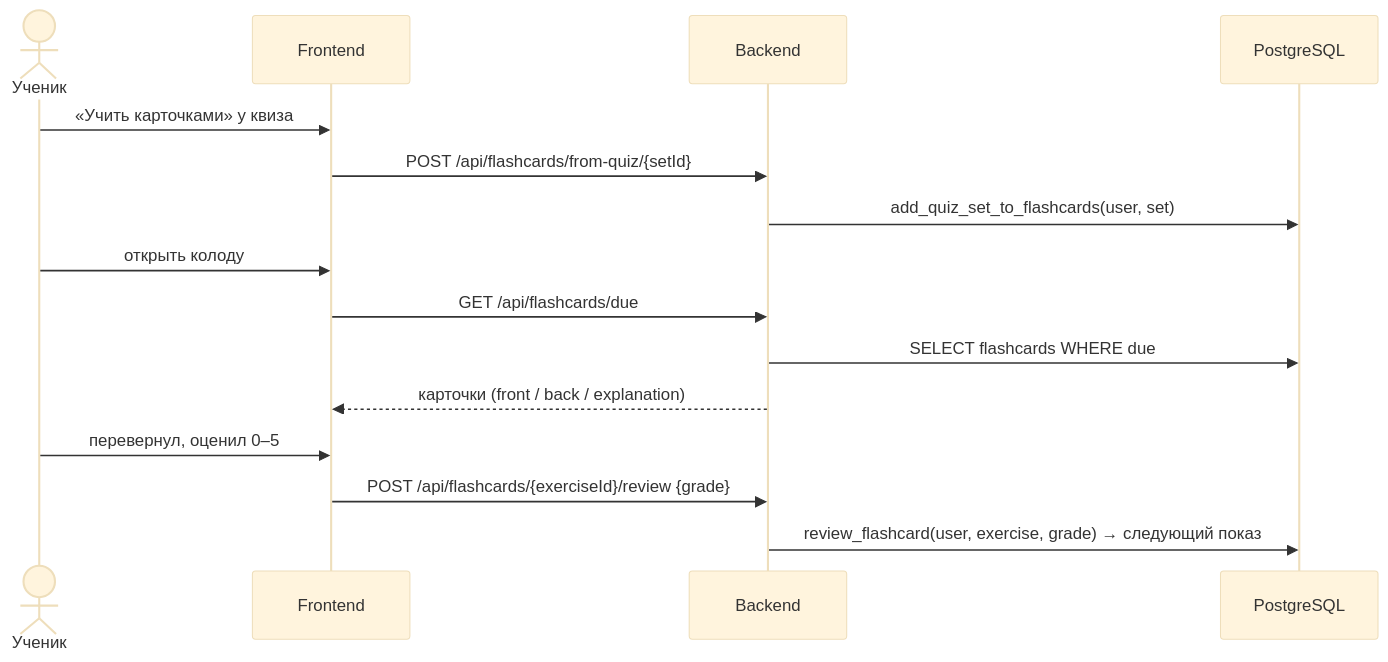
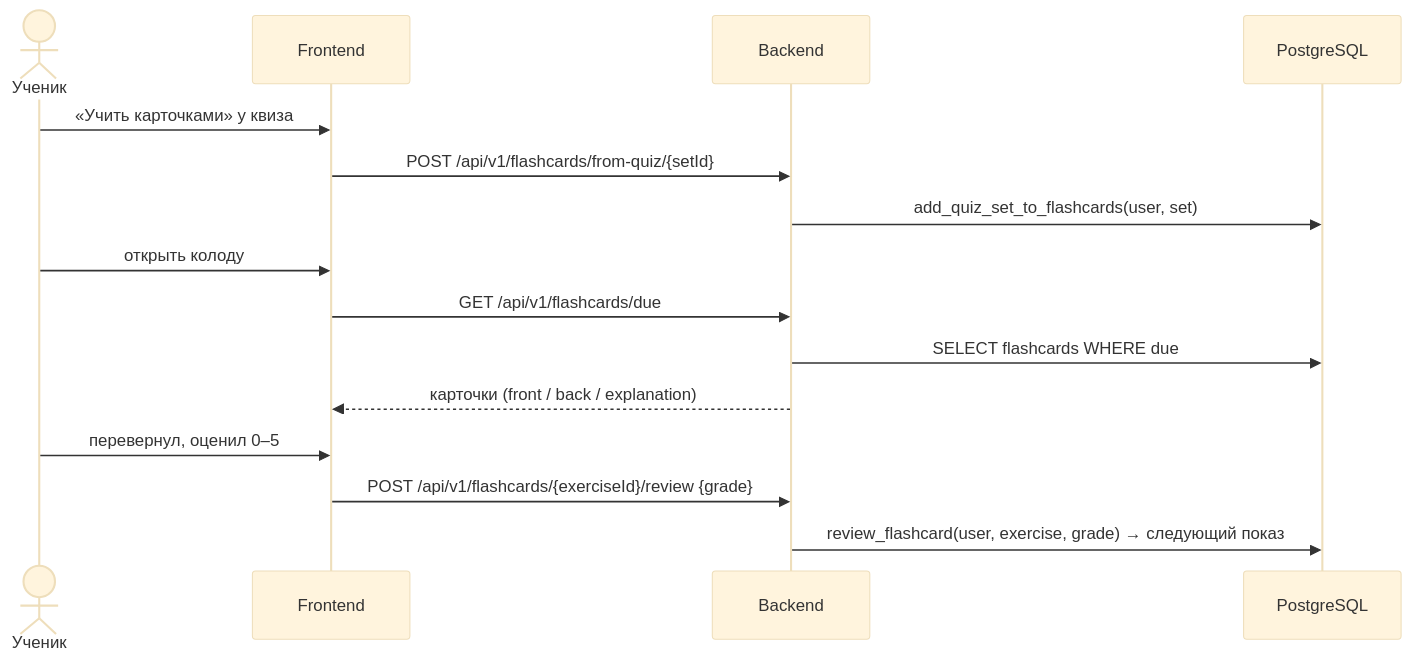
Before and after one commit to two-bits1/LekseRadar: the seventh of 8 diagrams in docs/ARCHITECTURE.md, drawn with Mermaid (base theme). The commit also changed other lines of this file, not shown here.

First line of the commit message:
docs: ARCHITECTURE — пути /api/v1 как в бэкенде, убраны устаревшие эндпоинты

````diff
--- a/docs/ARCHITECTURE.md
+++ b/docs/ARCHITECTURE.md
@@ -179,17 +179,17 @@
 ```mermaid
 sequenceDiagram
     actor U as Ученик
     participant F as Frontend
     participant B as Backend
     participant D as PostgreSQL
     U->>F: «Учить карточками» у квиза
-    F->>B: POST /api/flashcards/from-quiz/{setId}
+    F->>B: POST /api/v1/flashcards/from-quiz/{setId}
     B->>D: add_quiz_set_to_flashcards(user, set)
     U->>F: открыть колоду
-    F->>B: GET /api/flashcards/due
+    F->>B: GET /api/v1/flashcards/due
     B->>D: SELECT flashcards WHERE due
     B-->>F: карточки (front / back / explanation)
     U->>F: перевернул, оценил 0–5
-    F->>B: POST /api/flashcards/{exerciseId}/review {grade}
+    F->>B: POST /api/v1/flashcards/{exerciseId}/review {grade}
     B->>D: review_flashcard(user, exercise, grade) → следующий показ
 ```
````
